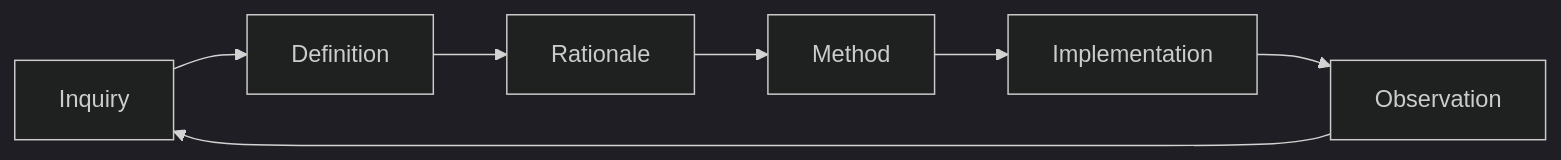
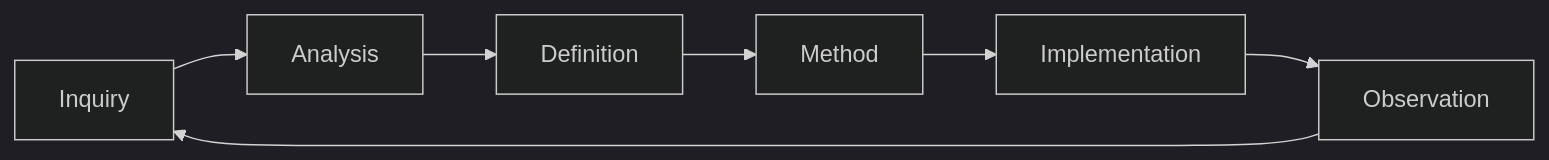
The first of 5 diagrams in 11_layer_meta/040_dset-meta-specification-methodology.md (anatoly-m-maslennikov/dset-specs-loops-framework), drawn with Mermaid (dark theme) before and after one commit. The commit also changed other lines of this file and 2 other files, not shown here.

First line of the commit message:
docs(meta): route rationale through analysis

````diff
--- a/11_layer_meta/040_dset-meta-specification-methodology.md
+++ b/11_layer_meta/040_dset-meta-specification-methodology.md
@@ -285,9 +287,9 @@
 ```mermaid
 flowchart LR
-    INQ["Inquiry"] --> DEF["Definition"]
-    DEF --> RAT["Rationale"]
-    RAT --> METHOD["Method"]
+    INQ["Inquiry"] --> ANALYSIS["Analysis"]
+    ANALYSIS --> DEF["Definition"]
+    DEF --> METHOD["Method"]
     METHOD --> IMPL["Implementation"]
     IMPL --> OBS["Observation"]
     OBS --> INQ
 ```
````
